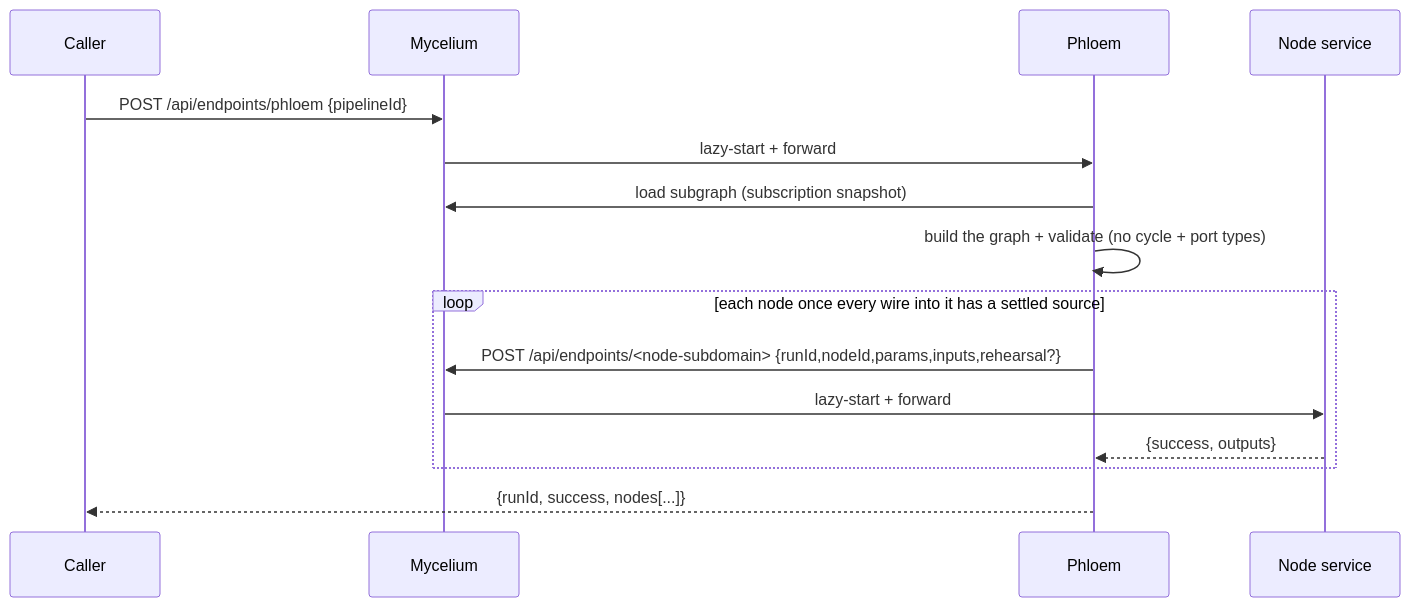
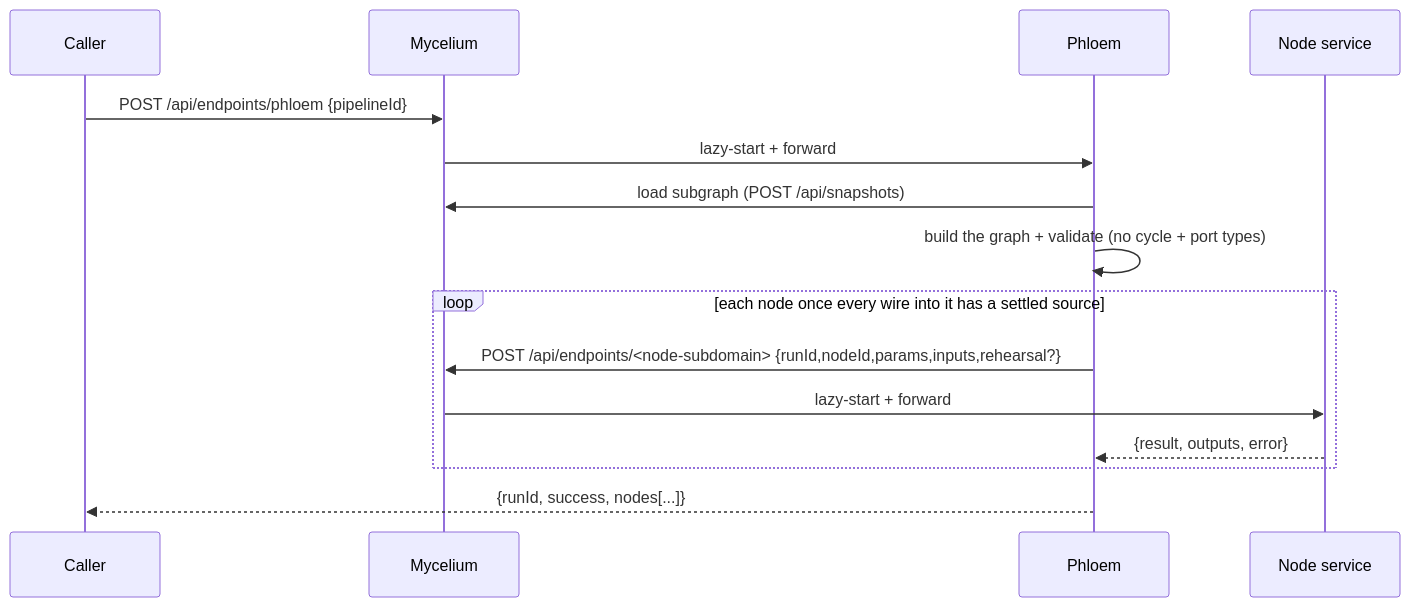
One commit to ReGen-Villages/VillageOS-API changed the third of 3 diagrams in docs/SERVICES.md. Above: the diagram before and after it, drawn with Mermaid. The commit also changed other lines of this file and 12 other files, not shown here.

Commit message:
Public guides take the collector's sentences: node answers, choices, the Output rule, tell, follow-on and stop nodes, log folders, the one-off snapshot read, the interval floor

````diff
--- a/docs/SERVICES.md
+++ b/docs/SERVICES.md
@@ -1328,17 +1367,17 @@
 ```mermaid
 sequenceDiagram
   participant Caller
   participant Mycelium
   participant Phloem
   participant Node as Node service
   Caller->>Mycelium: POST /api/endpoints/phloem {pipelineId}
   Mycelium->>Phloem: lazy-start + forward
-  Phloem->>Mycelium: load subgraph (subscription snapshot)
+  Phloem->>Mycelium: load subgraph (POST /api/snapshots)
   Phloem->>Phloem: build the graph + validate (no cycle + port types)
   loop each node once every wire into it has a settled source
     Phloem->>Mycelium: POST /api/endpoints/<node-subdomain> {runId,nodeId,params,inputs,rehearsal?}
     Mycelium->>Node: lazy-start + forward
-    Node-->>Phloem: {success, outputs}
+    Node-->>Phloem: {result, outputs, error}
   end
   Phloem-->>Caller: {runId, success, nodes[...]}
 ```
````
